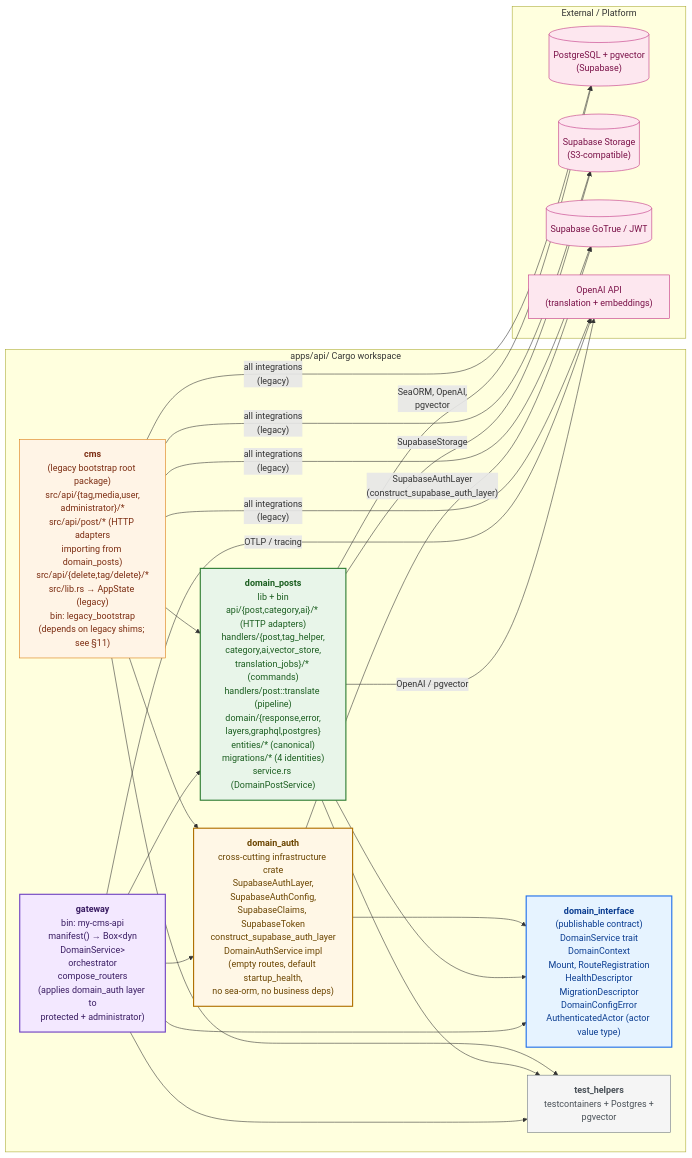
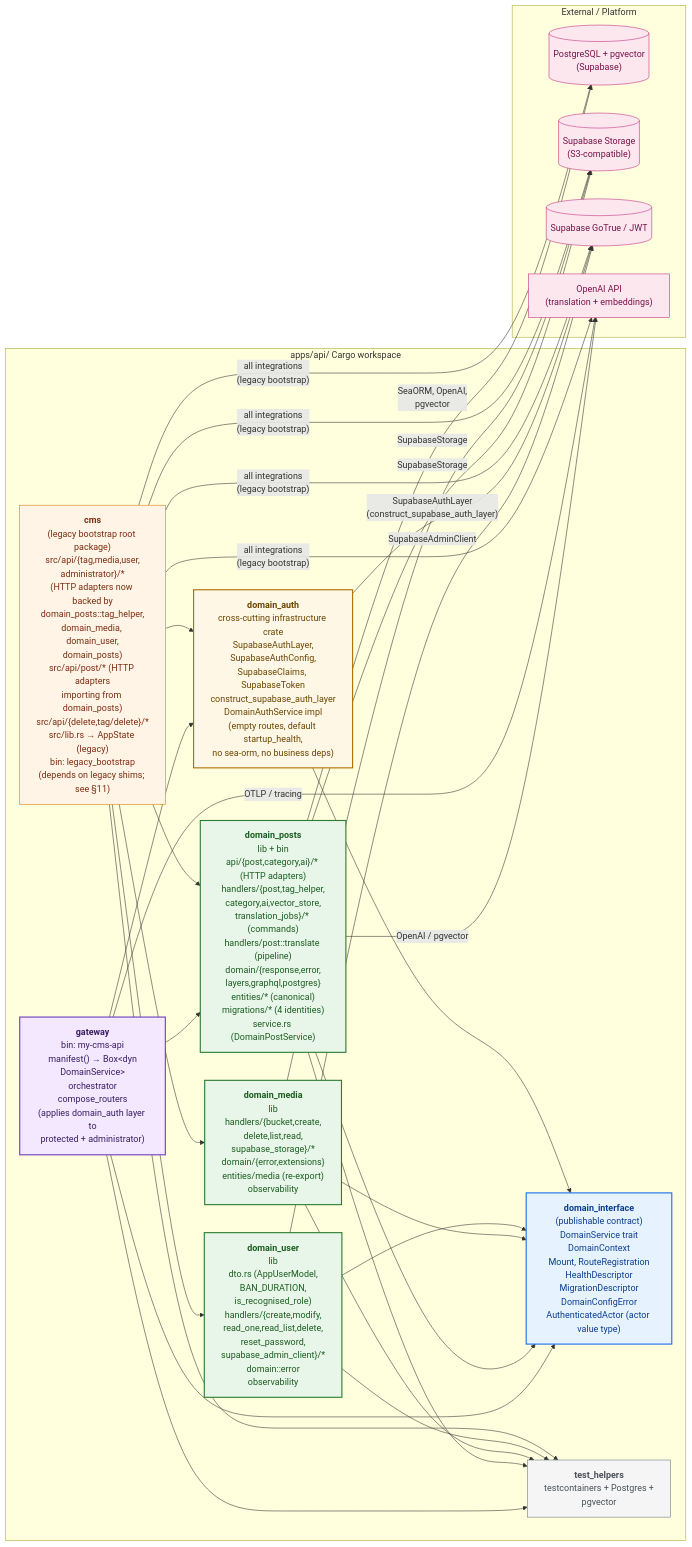
One commit to doitsu2014/my-cms changed the first of 10 diagrams in docs/api-architecture.md. Above: the diagram before and after it, drawn with Mermaid. The commit also changed other lines of this file and 146 other files, not shown here.

First line of the commit message:
feat: reorganize media and user domains, merge tags into posts

````diff
--- a/docs/api-architecture.md
+++ b/docs/api-architecture.md
@@ -9,58 +9,70 @@
 ```mermaid
 graph LR
     subgraph ws["apps/api/  Cargo workspace"]
         DI["<b>domain_interface</b><br/>(publishable contract)<br/>DomainService trait<br/>DomainContext<br/>Mount, RouteRegistration<br/>HealthDescriptor<br/>MigrationDescriptor<br/>DomainConfigError<br/>AuthenticatedActor (actor value type)"]
         DA["<b>domain_auth</b><br/>cross-cutting infrastructure crate<br/>SupabaseAuthLayer,<br/>SupabaseAuthConfig,<br/>SupabaseClaims, SupabaseToken<br/>construct_supabase_auth_layer<br/>DomainAuthService impl<br/>(empty routes, default startup_health,<br/>no sea-orm, no business deps)"]
         DP["<b>domain_posts</b><br/>lib + bin<br/>api/{post,category,ai}/* (HTTP adapters)<br/>handlers/{post,tag_helper,<br/>category,ai,vector_store,<br/>translation_jobs}/* (commands)<br/>handlers/post::translate (pipeline)<br/>domain/{response,error,<br/>layers,graphql,postgres}<br/>entities/* (canonical)<br/>migrations/* (4 identities)<br/>service.rs (DomainPostService)"]
+        DM["<b>domain_media</b><br/>lib<br/>handlers/{bucket,create,<br/>delete,list,read,<br/>supabase_storage}/*<br/>domain/{error,extensions}<br/>entities/media (re-export)<br/>observability"]
+        DU["<b>domain_user</b><br/>lib<br/>dto.rs (AppUserModel,<br/>BAN_DURATION,<br/>is_recognised_role)<br/>handlers/{create,modify,<br/>read_one,read_list,delete,<br/>reset_password,<br/>supabase_admin_client}/*<br/>domain::error<br/>observability"]
         GW["<b>gateway</b><br/>bin: my-cms-api<br/>manifest() → Box&lt;dyn<br/>DomainService&gt;<br/>orchestrator<br/>compose_routers<br/>(applies domain_auth layer to<br/>protected + administrator)"]
         TH["<b>test_helpers</b><br/>testcontainers + Postgres +<br/>pgvector"]
-        CMS["<b>cms</b><br/>(legacy bootstrap root package)<br/>src/api/{tag,media,user,<br/>administrator}/*<br/>src/api/post/* (HTTP adapters<br/>importing from domain_posts)<br/>src/api/{delete,tag/delete}/*<br/>src/lib.rs → AppState (legacy)<br/>bin: legacy_bootstrap<br/>(depends on legacy shims; see §11)"]
+        CMS["<b>cms</b><br/>(legacy bootstrap root package)<br/>src/api/{tag,media,user,<br/>administrator}/*<br/>(HTTP adapters now backed by<br/>domain_posts::tag_helper,<br/>domain_media, domain_user,<br/>domain_posts)<br/>src/api/post/* (HTTP adapters<br/>importing from domain_posts)<br/>src/api/{delete,tag/delete}/*<br/>src/lib.rs → AppState (legacy)<br/>bin: legacy_bootstrap<br/>(depends on legacy shims; see §11)"]
     end
 
     subgraph ext["External / Platform"]
         DB[("PostgreSQL + pgvector<br/>(Supabase)")]
         STORE[("Supabase Storage<br/>(S3-compatible)")]
         AUTH[("Supabase GoTrue / JWT")]
         OAI["OpenAI API<br/>(translation + embeddings)"]
     end
 
     GW --> DI
     GW --> DP
     GW --> DA
     GW --> TH
 
     DP --> DI
     DP --> TH
 
+    DM --> DI
+    DM --> TH
+
+    DU --> DI
+    DU --> TH
+
     DA --> DI
 
     CMS --> DA
     CMS --> TH
     CMS --> DP
+    CMS --> DM
+    CMS --> DU
 
     DP -- "SeaORM, OpenAI,<br/>pgvector" --> DB
     DP -- "OpenAI / pgvector" --> OAI
     DP -- "SupabaseStorage" --> STORE
+    DM -- "SupabaseStorage" --> STORE
+    DU -- "SupabaseAdminClient" --> AUTH
     DA -- "SupabaseAuthLayer<br/>(construct_supabase_auth_layer)" --> AUTH
     GW -- "OTLP / tracing" --> OAI
-    CMS -- "all integrations<br/>(legacy)" --> DB
-    CMS -- "all integrations<br/>(legacy)" --> STORE
-    CMS -- "all integrations<br/>(legacy)" --> AUTH
-    CMS -- "all integrations<br/>(legacy)" --> OAI
+    CMS -- "all integrations<br/>(legacy bootstrap)" --> DB
+    CMS -- "all integrations<br/>(legacy bootstrap)" --> STORE
+    CMS -- "all integrations<br/>(legacy bootstrap)" --> AUTH
+    CMS -- "all integrations<br/>(legacy bootstrap)" --> OAI
 
     classDef contract fill:#e6f3ff,stroke:#1f6feb,stroke-width:2px,color:#0b3d91
     classDef domain fill:#e8f5e9,stroke:#2e7d32,stroke-width:2px,color:#1b5e20
     classDef infra fill:#fff7e6,stroke:#b07000,stroke-width:2px,color:#6b4500
     classDef gateway fill:#f3e8ff,stroke:#6f42c1,stroke-width:2px,color:#3a1d63
     classDef shim fill:#fff4e6,stroke:#d97706,stroke-width:1px,color:#7c2d12
     classDef ext fill:#fde7ef,stroke:#bf2c7e,stroke-width:1px,color:#7a1148
     classDef helper fill:#f5f5f5,stroke:#6c757d,stroke-width:1px,color:#495057
 
     class DI contract
-    class DP domain
+    class DP,DM,DU domain
     class DA infra
     class GW gateway
     class CMS shim
     class TH helper
     class DB,STORE,AUTH,OAI ext
 ```
````
